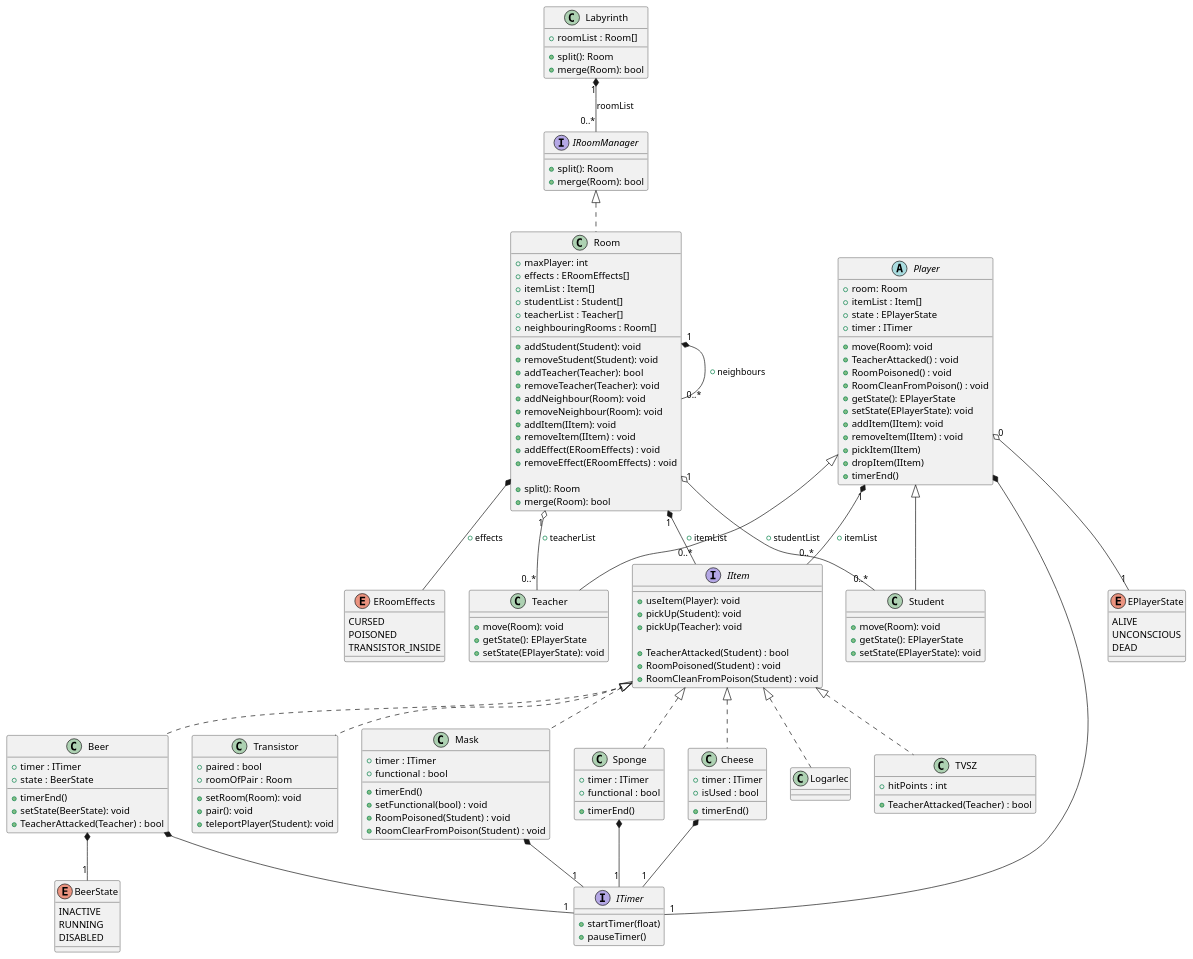
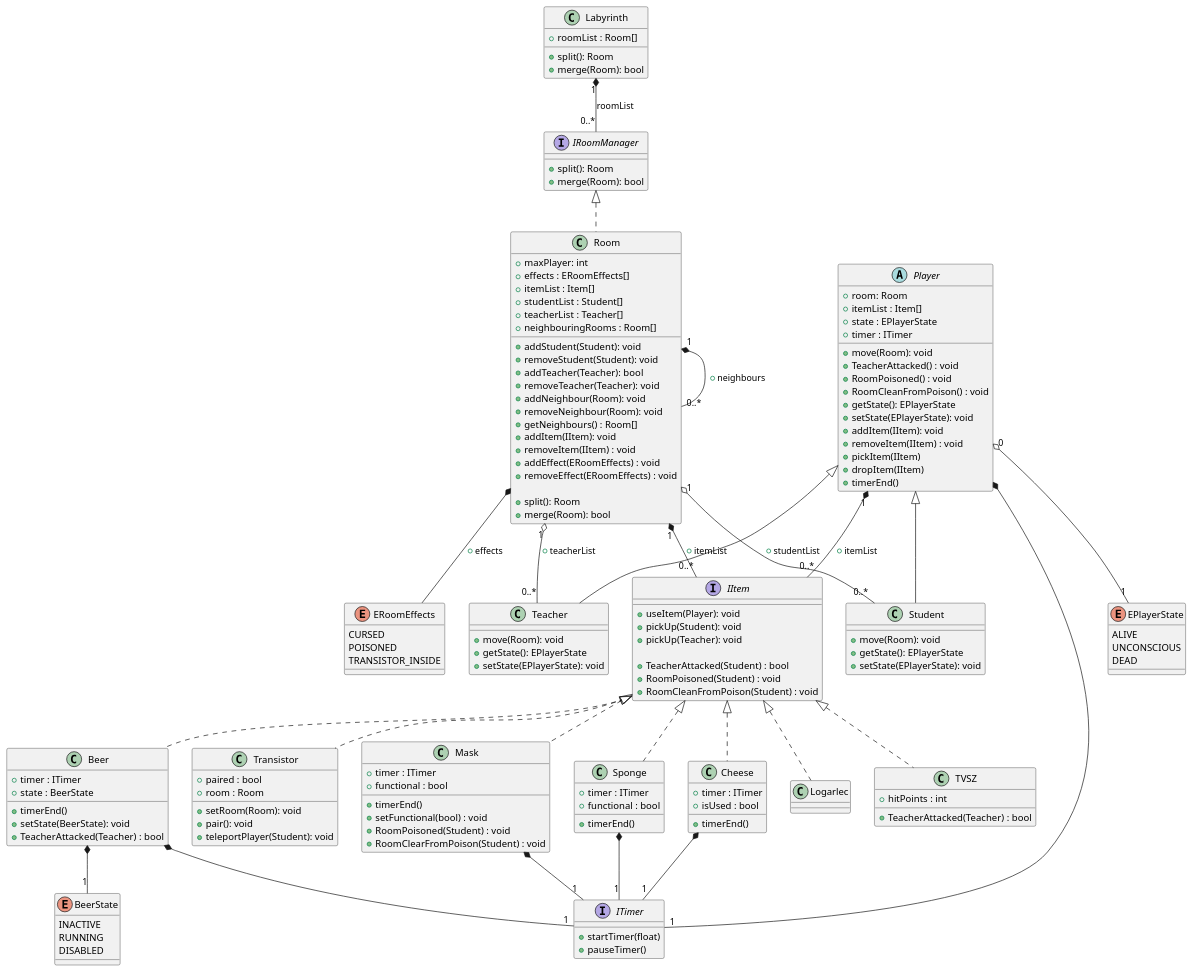
The diagram in Class_UML.plantuml (MBakter/echo), drawn with PlantUML before and after one commit. The commit also changed 3 other files, not shown here.

```diff
--- a/Class_UML.plantuml
+++ b/Class_UML.plantuml
@@ -1,181 +1,182 @@
 @startuml UML
 
 class Labyrinth {
     +roomList : Room[]
 
     + split(): Room
     + merge(Room): bool
 }
 
 Labyrinth "1" *-- "0..*" IRoomManager: roomList
 
 interface IRoomManager {
     + split(): Room
     + merge(Room): bool
 }
 
 /' Removed implementing IItemHolder '/
 class Room implements IRoomManager {
     + maxPlayer: int
     + effects : ERoomEffects[]
     + itemList : Item[]
     + studentList : Student[]
     + teacherList : Teacher[]
     + neighbouringRooms : Room[]
 
     + addStudent(Student): void
     + removeStudent(Student): void
     + addTeacher(Teacher): bool
     + removeTeacher(Teacher): void
     + addNeighbour(Room): void
     + removeNeighbour(Room): void
+    + getNeighbours() : Room[]
     + addItem(IItem): void
     + removeItem(IItem) : void
     + addEffect(ERoomEffects) : void
     + removeEffect(ERoomEffects) : void
 
     + split(): Room
     + merge(Room): bool
 }
 
 Room "1" o-- "0..*" Student: + studentList
 Room "1" o-- "0..*" Teacher: + teacherList
 Room "1" *-- "0..*" Room: + neighbours
 Room "1" *-- "0..*" IItem: + itemList
 Room *-- ERoomEffects: + effects
 
 
 enum EPlayerState {
     ALIVE
     UNCONSCIOUS
     DEAD
 }
 
 /' Removed implementing IItemHolder '/
 abstract class Player {
     + room: Room
     + itemList : Item[]
     + state : EPlayerState
     + timer : ITimer
 
     + move(Room): void
     + TeacherAttacked() : void
     + RoomPoisoned() : void
     + RoomCleanFromPoison() : void
     + getState(): EPlayerState
     + setState(EPlayerState): void
     + addItem(IItem): void
     + removeItem(IItem) : void
     + pickItem(IItem)
     + dropItem(IItem)
     + timerEnd()
 }
 
 Player "0" o-- "1" EPlayerState
 Player "1" *-- "0..*" IItem: + itemList
 Player *-- "1" ITimer
 
 interface IItem {
     + useItem(Player): void
     + pickUp(Student): void
     + pickUp(Teacher): void
 
     + TeacherAttacked(Student) : bool
     + RoomPoisoned(Student) : void
     + RoomCleanFromPoison(Student) : void
 }
 
 class Teacher extends Player{
     + move(Room): void
     + getState(): EPlayerState
     + setState(EPlayerState): void
 }
 
 class Student extends Player{
     + move(Room): void
     + getState(): EPlayerState
     + setState(EPlayerState): void
 }
 
 /' interface IItemHolder {
     + addItemy(Item: Item): void
     + removeItem(Item: Item): void
 } '/
 
 enum ERoomEffects {
     CURSED
     POISONED
     TRANSISTOR_INSIDE
 }
 
 interface ITimer {
     + startTimer(float)
     + pauseTimer()
 }
 
 class TVSZ implements IItem {
     + hitPoints : int
 
     + TeacherAttacked(Teacher) : bool
 }
 
 class Transistor implements IItem  {
     + paired : bool
-    + roomOfPair : Room
+    + room : Room
 
     + setRoom(Room): void
     + pair(): void
     + teleportPlayer(Student): void
 }
 
 enum BeerState {
     INACTIVE
     RUNNING
     DISABLED
 }
 
 class Beer implements IItem {
     + timer : ITimer
     + state : BeerState
     
     + timerEnd()
     + setState(BeerState): void
     + TeacherAttacked(Teacher) : bool
 }
 Beer *-- "1" ITimer
 Beer *-- "1" BeerState
 
 class Mask implements IItem  {
     + timer : ITimer
     + functional : bool
 
     + timerEnd()
     + setFunctional(bool) : void
     + RoomPoisoned(Student) : void
     + RoomClearFromPoison(Student) : void
 
 }
 Mask *-- "1" ITimer
 
 class Sponge  implements IItem {
     + timer : ITimer
     + functional : bool
 
     + timerEnd()
 }
 Sponge *-- "1" ITimer
 
 class Cheese  implements IItem {
     + timer : ITimer
     + isUsed : bool
 
     + timerEnd()
 }
 Cheese *-- "1" ITimer
 
 class Logarlec  implements IItem  {
 }
 
 
 
 @enduml
```
